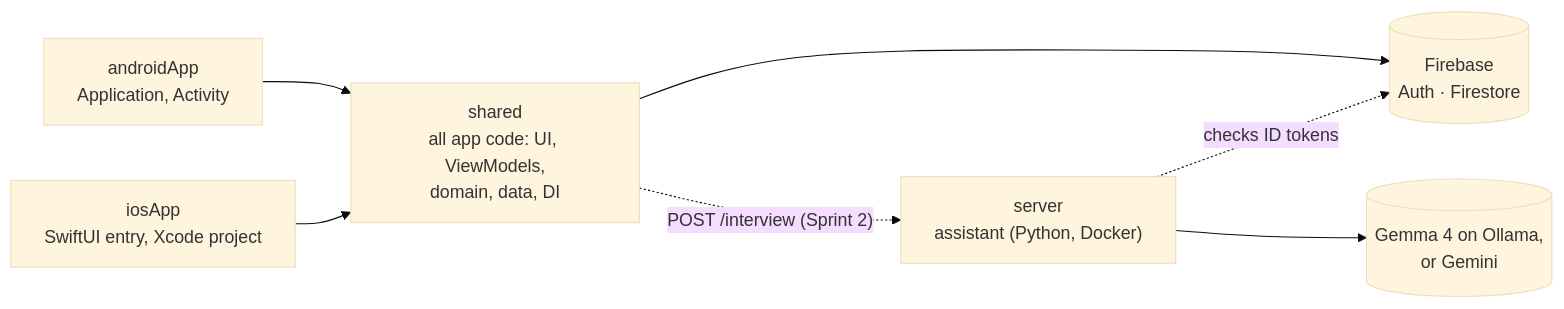
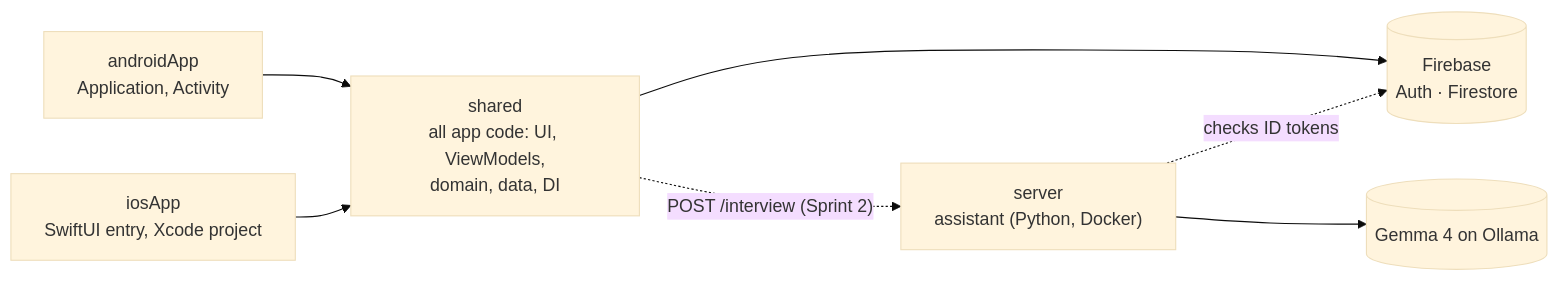
One commit to Erkko68/orbit changed the first of 4 diagrams in docs/architecture/overview.md. Above: the diagram before and after it, drawn with Mermaid (base theme). The commit also changed 10 other files, not shown here.

First line of the commit message:
chore(server): deploy the assistant on our host behind a Cloudflare tunnel (#298)

````diff
--- a/docs/architecture/overview.md
+++ b/docs/architecture/overview.md
@@ -5,9 +5,9 @@
 ```mermaid
 flowchart LR
     android["androidApp<br/>Application, Activity"] --> shared
     ios["iosApp<br/>SwiftUI entry, Xcode project"] --> shared
     shared["shared<br/>all app code: UI, ViewModels,<br/>domain, data, DI"] --> firebase[("Firebase<br/>Auth · Firestore")]
-    server["server<br/>assistant (Python, Docker)"] --> model[("Gemma 4 on Ollama,<br/>or Gemini")]
+    server["server<br/>assistant (Python, Docker)"] --> model[("Gemma 4 on Ollama")]
     server -. "checks ID tokens" .-> firebase
     shared -. "POST /interview (Sprint 2)" .-> server
 ```
````
